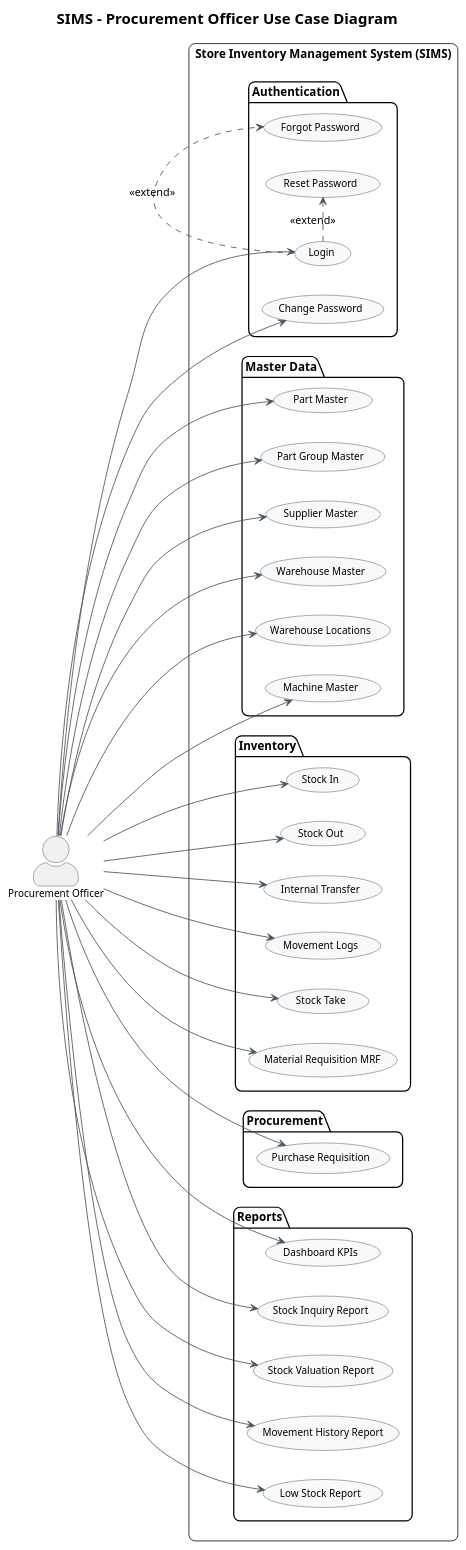
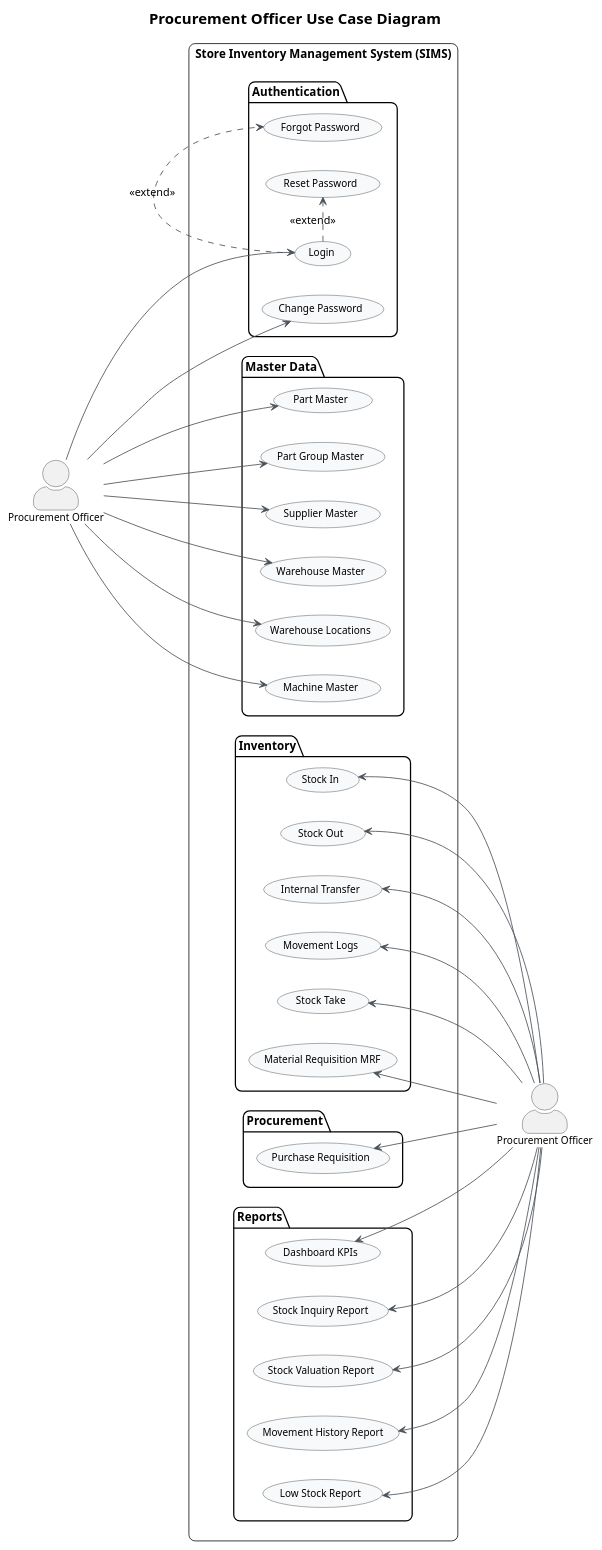
Before and after one commit to syazwan-nazri/AD-XPDC: the diagram in UseCaseDiagram/use-case-procurement.puml, drawn with PlantUML. The commit also changed 8 other files, not shown here.

```diff
--- a/UseCaseDiagram/use-case-procurement.puml
+++ b/UseCaseDiagram/use-case-procurement.puml
@@ -1,81 +1,85 @@
 @startuml SIMS_Use_Case_Procurement
 left to right direction
 
 skinparam ActorStyle awesome
 skinparam Shadowing false
 skinparam RoundCorner 15
 skinparam ArrowColor #495057
 skinparam UsecaseBackgroundColor #F8F9FA
 skinparam UsecaseBorderColor #343A40
 skinparam ActorBorderColor #343A40
 skinparam ActorFontSize 12
 skinparam UsecaseFontSize 12
 
-title <size:18><b>SIMS - Procurement Officer Use Case Diagram</b></size>
+title <size:18><b>Procurement Officer Use Case Diagram</b></size>
 
-actor "Procurement Officer" as PO
+actor "Procurement Officer" as PO_left
 
 rectangle "Store Inventory Management System (SIMS)" as SIMS {
   package "Authentication" {
     (Login) as UC_Login
     (Forgot Password) as UC_ForgotPassword
     (Reset Password) as UC_ResetPassword
     (Change Password) as UC_ChangePassword
   }
 
   package "Master Data" {
     (Part Master) as UC_PartMaster
     (Part Group Master) as UC_PartGroupMaster
     (Supplier Master) as UC_SupplierMaster
     (Warehouse Master) as UC_WarehouseMaster
     (Warehouse Locations) as UC_WarehouseLocations
     (Machine Master) as UC_MachineMaster
   }
 
   package "Inventory" {
     (Stock In) as UC_StockIn
     (Stock Out) as UC_StockOut
     (Internal Transfer) as UC_InternalTransfer
     (Movement Logs) as UC_MovementLogs
     (Stock Take) as UC_StockTake
     (Material Requisition MRF) as UC_MRF
   }
 
   package "Procurement" {
     (Purchase Requisition) as UC_PurchaseRequisition
   }
 
   package "Reports" {
     (Dashboard KPIs) as UC_Dashboard
     (Stock Inquiry Report) as UC_StockInquiry
     (Stock Valuation Report) as UC_StockValuation
     (Movement History Report) as UC_MovementHistory
     (Low Stock Report) as UC_LowStock
   }
 }
 
-PO --> UC_Login
-PO --> UC_ChangePassword
-PO --> UC_PartMaster
-PO --> UC_PartGroupMaster
-PO --> UC_SupplierMaster
-PO --> UC_WarehouseMaster
-PO --> UC_WarehouseLocations
-PO --> UC_MachineMaster
-PO --> UC_StockIn
-PO --> UC_StockOut
-PO --> UC_InternalTransfer
-PO --> UC_MovementLogs
-PO --> UC_StockTake
-PO --> UC_MRF
-PO --> UC_PurchaseRequisition
-PO --> UC_Dashboard
-PO --> UC_StockInquiry
-PO --> UC_StockValuation
-PO --> UC_MovementHistory
-PO --> UC_LowStock
+actor "Procurement Officer" as PO_right
+
+PO_left --> UC_Login
+PO_left --> UC_ChangePassword
+PO_left --> UC_PartMaster
+PO_left --> UC_PartGroupMaster
+PO_left --> UC_SupplierMaster
+PO_left --> UC_WarehouseMaster
+PO_left --> UC_WarehouseLocations
+PO_left --> UC_MachineMaster
+
+UC_StockIn <-- PO_right
+UC_StockOut <-- PO_right
+UC_InternalTransfer <-- PO_right
+UC_MovementLogs <-- PO_right
+UC_StockTake <-- PO_right
+UC_MRF <-- PO_right
+
+UC_PurchaseRequisition <-- PO_right
+UC_Dashboard <-- PO_right
+UC_StockInquiry <-- PO_right
+UC_StockValuation <-- PO_right
+UC_MovementHistory <-- PO_right
+UC_LowStock <-- PO_right
 
 UC_Login .> UC_ForgotPassword : <<extend>>
 UC_Login .> UC_ResetPassword : <<extend>>
 
 @enduml
```
